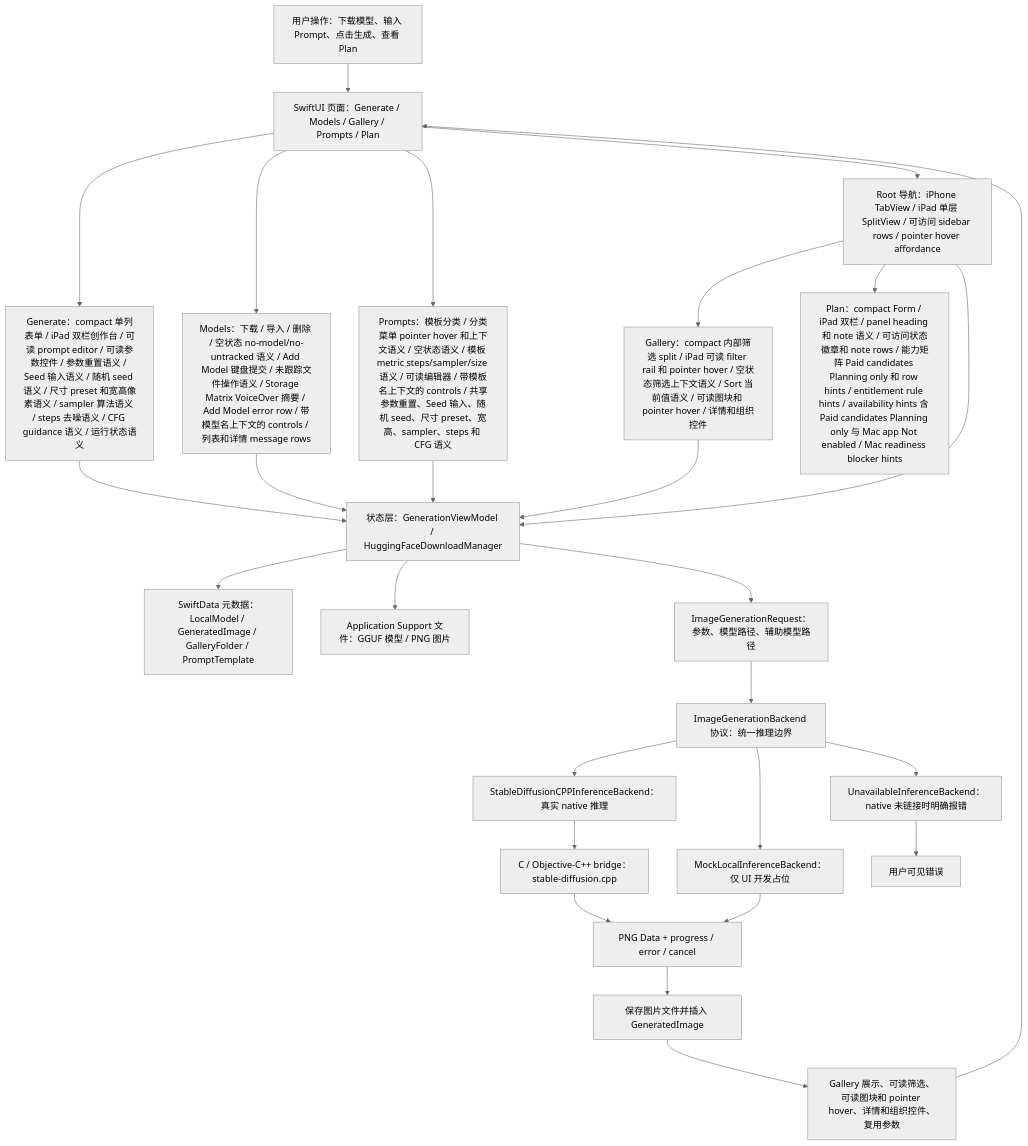
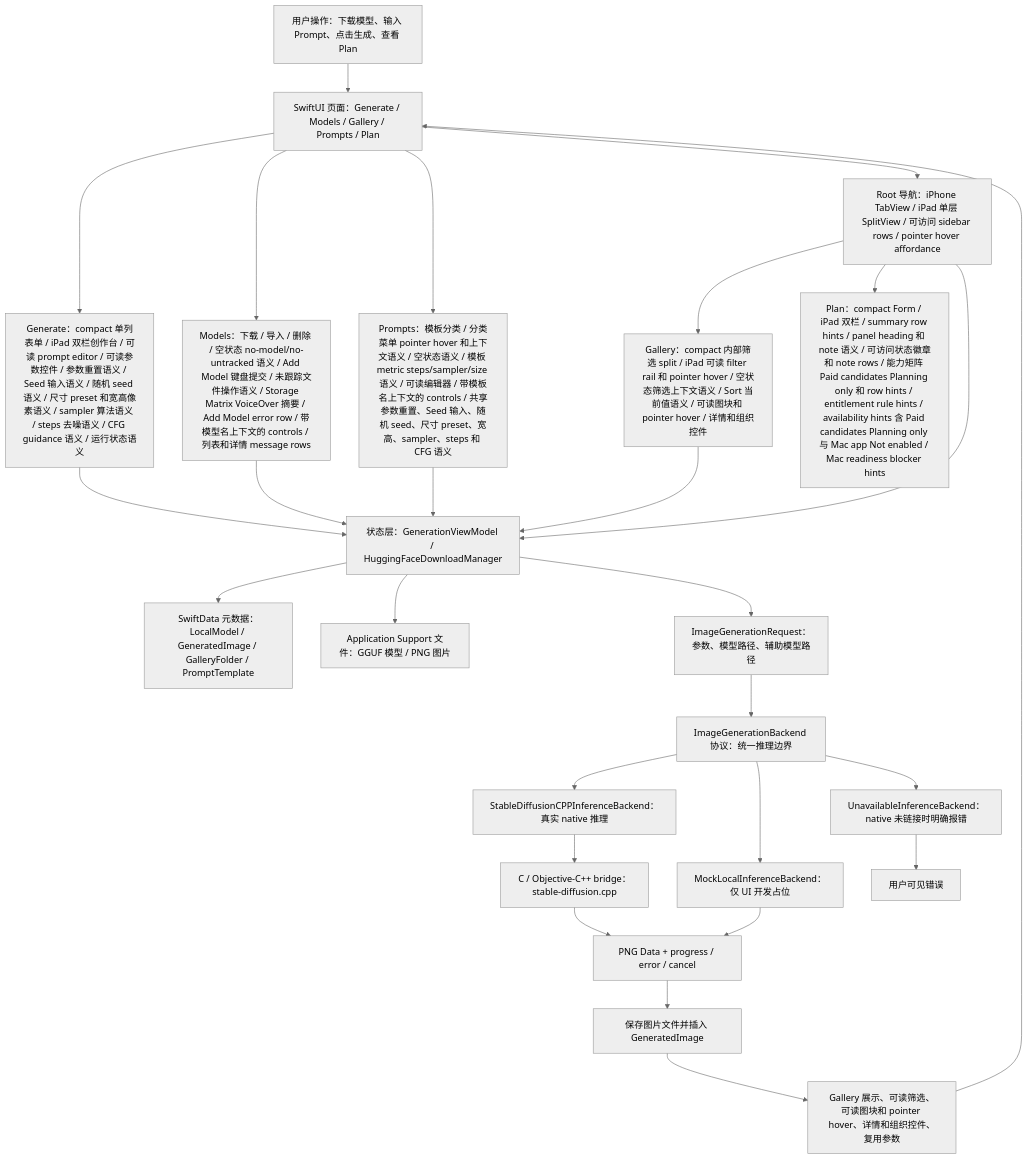
Before and after one commit to Altman-sam114/118: the first of 7 diagrams in md/flow/flowchart.md, drawn with Mermaid (neutral theme). The commit also changed 5 other files, not shown here.

First line of the commit message:
v1.57: Plan summary accessibility

````diff
--- a/md/flow/flowchart.md
+++ b/md/flow/flowchart.md
@@ -9,29 +9,29 @@
 ```mermaid
 flowchart TD
   U["用户操作：下载模型、输入 Prompt、点击生成、查看 Plan"] --> UI["SwiftUI 页面：Generate / Models / Gallery / Prompts / Plan"]
   UI --> GENUI["Generate：compact 单列表单 / iPad 双栏创作台 / 可读 prompt editor / 可读参数控件 / 参数重置语义 / Seed 输入语义 / 随机 seed 语义 / 尺寸 preset 和宽高像素语义 / sampler 算法语义 / steps 去噪语义 / CFG guidance 语义 / 运行状态语义"]
   UI --> MODELUI["Models：下载 / 导入 / 删除 / 空状态 no-model/no-untracked 语义 / Add Model 键盘提交 / 未跟踪文件操作语义 / Storage Matrix VoiceOver 摘要 / Add Model error row / 带模型名上下文的 controls / 列表和详情 message rows"]
   UI --> PROMPTUI["Prompts：模板分类 / 分类菜单 pointer hover 和上下文语义 / 空状态语义 / 模板 metric steps/sampler/size 语义 / 可读编辑器 / 带模板名上下文的 controls / 共享参数重置、Seed 输入、随机 seed、尺寸 preset、宽高、sampler、steps 和 CFG 语义"]
   UI --> NAV["Root 导航：iPhone TabView / iPad 单层 SplitView / 可访问 sidebar rows / pointer hover affordance"]
   NAV --> GALUI["Gallery：compact 内部筛选 split / iPad 可读 filter rail 和 pointer hover / 空状态筛选上下文语义 / Sort 当前值语义 / 可读图块和 pointer hover / 详情和组织控件"]
-  NAV --> PLANUI["Plan：compact Form / iPad 双栏 / panel heading 和 note 语义 / 可访问状态徽章和 note rows / 能力矩阵 Paid candidates Planning only 和 row hints / entitlement rule hints / availability hints 含 Paid candidates Planning only 与 Mac app Not enabled / Mac readiness blocker hints"]
+  NAV --> PLANUI["Plan：compact Form / iPad 双栏 / summary row hints / panel heading 和 note 语义 / 可访问状态徽章和 note rows / 能力矩阵 Paid candidates Planning only 和 row hints / entitlement rule hints / availability hints 含 Paid candidates Planning only 与 Mac app Not enabled / Mac readiness blocker hints"]
   NAV --> VM["状态层：GenerationViewModel / HuggingFaceDownloadManager"]
   GENUI --> VM
   MODELUI --> VM
   PROMPTUI --> VM
   GALUI --> VM
   VM --> SD["SwiftData 元数据：LocalModel / GeneratedImage / GalleryFolder / PromptTemplate"]
   VM --> FS["Application Support 文件：GGUF 模型 / PNG 图片"]
   VM --> REQ["ImageGenerationRequest：参数、模型路径、辅助模型路径"]
   REQ --> IFACE["ImageGenerationBackend 协议：统一推理边界"]
   IFACE --> NATIVE["StableDiffusionCPPInferenceBackend：真实 native 推理"]
   IFACE --> MOCK["MockLocalInferenceBackend：仅 UI 开发占位"]
   IFACE --> OFF["UnavailableInferenceBackend：native 未链接时明确报错"]
   NATIVE --> BRIDGE["C / Objective-C++ bridge：stable-diffusion.cpp"]
   BRIDGE --> PNG["PNG Data + progress / error / cancel"]
   MOCK --> PNG
   OFF --> ERR["用户可见错误"]
   PNG --> SAVE["保存图片文件并插入 GeneratedImage"]
   SAVE --> GALLERY["Gallery 展示、可读筛选、可读图块和 pointer hover、详情和组织控件、复用参数"]
   GALLERY --> UI
 ```
````
